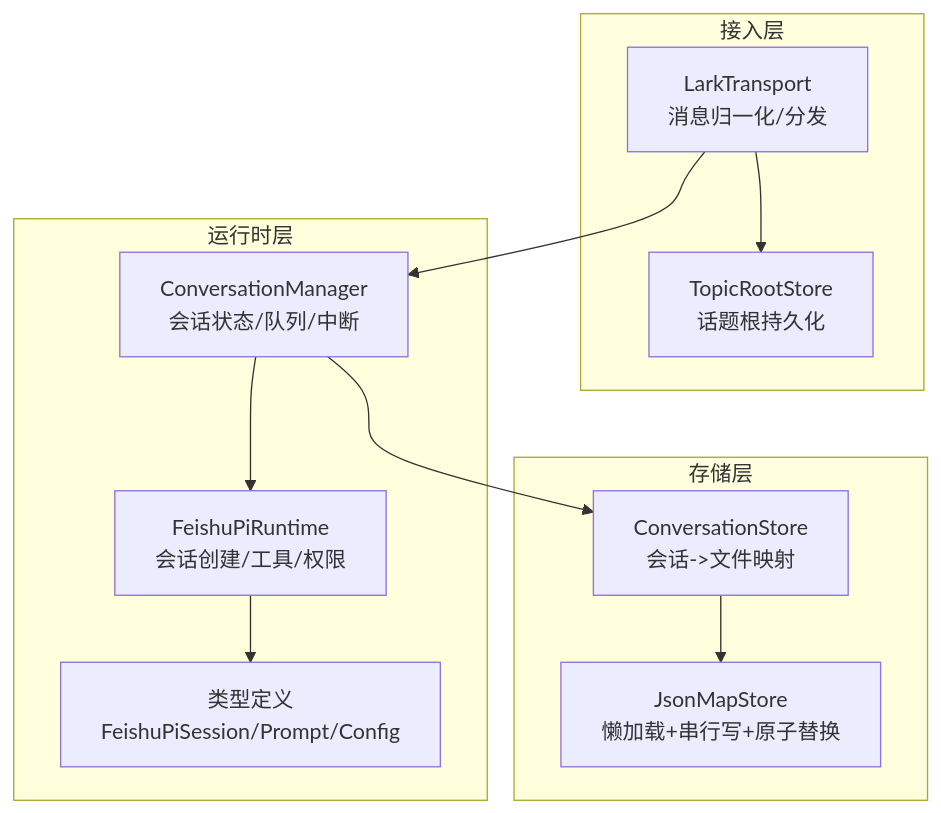
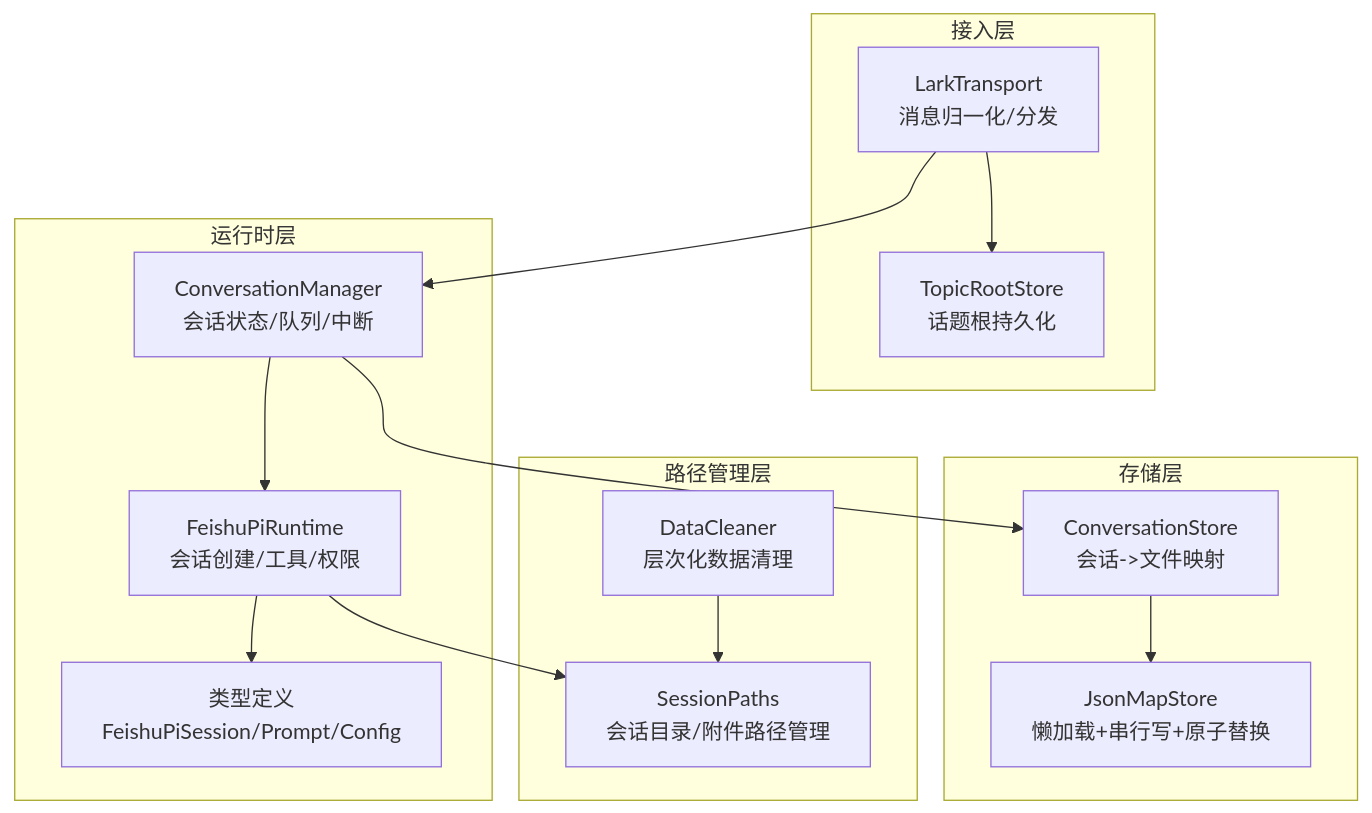
The first of 5 diagrams in .qoder/repowiki/zh/content/智能体运行时/会话管理.md (HeXiaoShu520/feishu-pi), drawn with Mermaid before and after one commit. The commit also changed other lines of this file and 47 other files, not shown here.

````diff
--- a/.qoder/repowiki/zh/content/智能体运行时/会话管理.md
+++ b/.qoder/repowiki/zh/content/智能体运行时/会话管理.md
@@ -38,22 +53,28 @@
 ```mermaid
 graph TB
 subgraph "接入层"
 Lark["LarkTransport<br/>消息归一化/分发"]
 TopicRoot["TopicRootStore<br/>话题根持久化"]
 end
 subgraph "运行时层"
 ConvMgr["ConversationManager<br/>会话状态/队列/中断"]
 Runtime["FeishuPiRuntime<br/>会话创建/工具/权限"]
 TypesRT["类型定义<br/>FeishuPiSession/Prompt/Config"]
 end
 subgraph "存储层"
 JsonStore["JsonMapStore<br/>懒加载+串行写+原子替换"]
 ConvStore["ConversationStore<br/>会话->文件映射"]
 end
+subgraph "路径管理层"
+SessionPaths["SessionPaths<br/>会话目录/附件路径管理"]
+DataCleaner["DataCleaner<br/>层次化数据清理"]
+end
 Lark --> ConvMgr
 Lark --> TopicRoot
 ConvMgr --> Runtime
 ConvMgr --> ConvStore
 ConvStore --> JsonStore
+Runtime --> SessionPaths
 Runtime --> TypesRT
+DataCleaner --> SessionPaths
 ```
````
